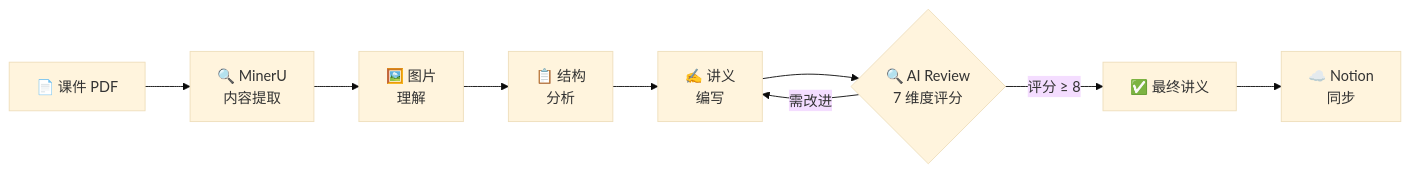
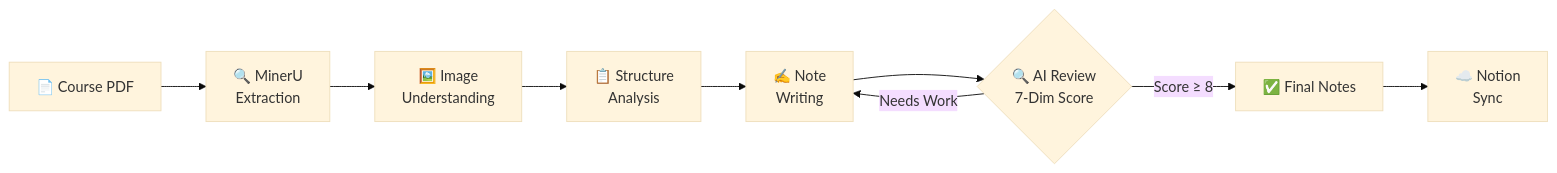
Before and after one commit to ZelinZhou-THU/lecture-notes-creator: the diagram in README.md, drawn with Mermaid (base theme). The commit also changed other lines of this file and 2 other files, not shown here.

````diff
--- a/README.md
+++ b/README.md
@@ -13,11 +13,11 @@
 ```mermaid
 flowchart LR
-    A["📄 课件 PDF"] --> B["🔍 MinerU<br/>内容提取"]
-    B --> C["🖼️ 图片<br/>理解"]
-    C --> D["📋 结构<br/>分析"]
-    D --> E["✍️ 讲义<br/>编写"]
-    E --> F{"🔍 AI Review<br/>7 维度评分"}
-    F -->|"评分 ≥ 8"| G["✅ 最终讲义"]
-    F -->|"需改进"| E
-    G --> H["☁️ Notion<br/>同步"]
+    A["📄 Course PDF"] --> B["🔍 MinerU<br/>Extraction"]
+    B --> C["🖼️ Image<br/>Understanding"]
+    C --> D["📋 Structure<br/>Analysis"]
+    D --> E["✍️ Note<br/>Writing"]
+    E --> F{"🔍 AI Review<br/>7-Dim Score"}
+    F -->|"Score ≥ 8"| G["✅ Final Notes"]
+    F -->|"Needs Work"| E
+    G --> H["☁️ Notion<br/>Sync"]
 ```
````
